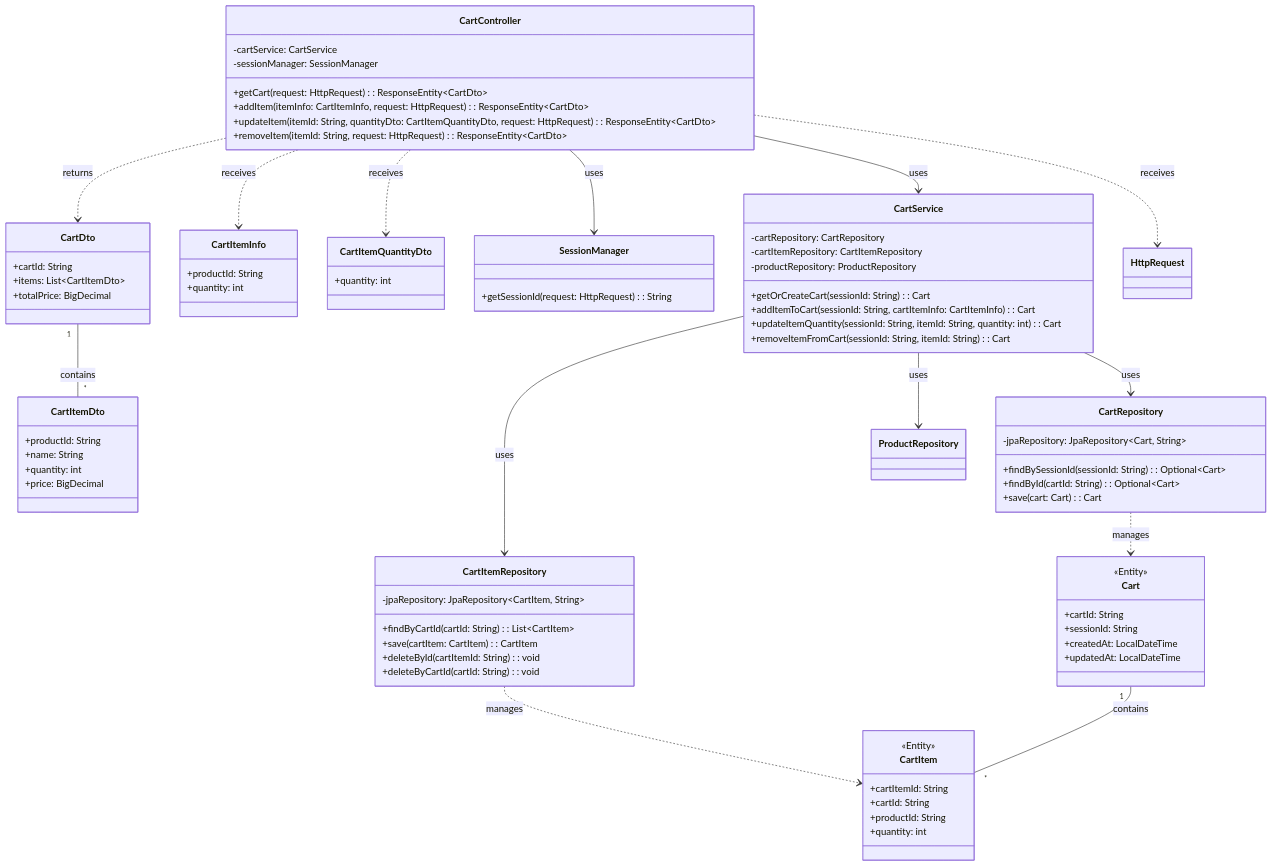
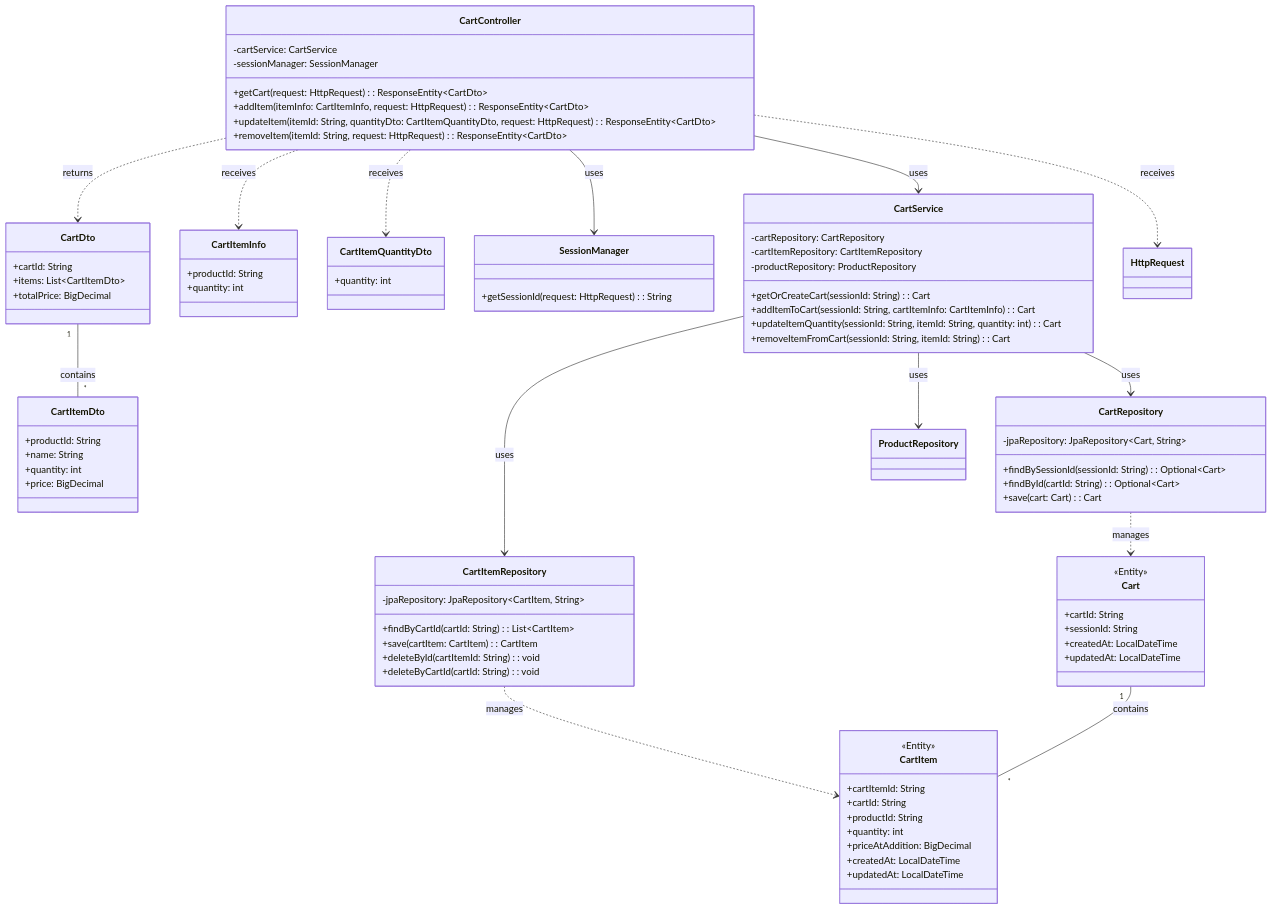
One commit to ainaga09/ACE changed the second of 4 diagrams in 基本設計/はじめに.md. Above: the diagram before and after it, drawn with Mermaid. The commit also changed other lines of this file, not shown here.

```diff
--- a/基本設計/はじめに.md
+++ b/基本設計/はじめに.md
@@ -199,9 +113,12 @@
     +cartId: String
     +productId: String
     +quantity: int
+    +priceAtAddition: BigDecimal
+    +createdAt: LocalDateTime
+    +updatedAt: LocalDateTime
 }
  
-
+ 
 %% === DTO / 入力モデル ===
 class CartDto {
     +cartId: String
@@ -229,7 +146,7 @@
 class CartController {
     -cartService: CartService
     -sessionManager: SessionManager
-    +getCart(request: HttpRequest): ResponseEntity~CartDto~ 
+    +getCart(request: HttpRequest): ResponseEntity~CartDto~
     +addItem(itemInfo: CartItemInfo, request: HttpRequest): ResponseEntity~CartDto~
     +updateItem(itemId: String, quantityDto: CartItemQuantityDto, request: HttpRequest): ResponseEntity~CartDto~
     +removeItem(itemId: String, request: HttpRequest): ResponseEntity~CartDto~
```
